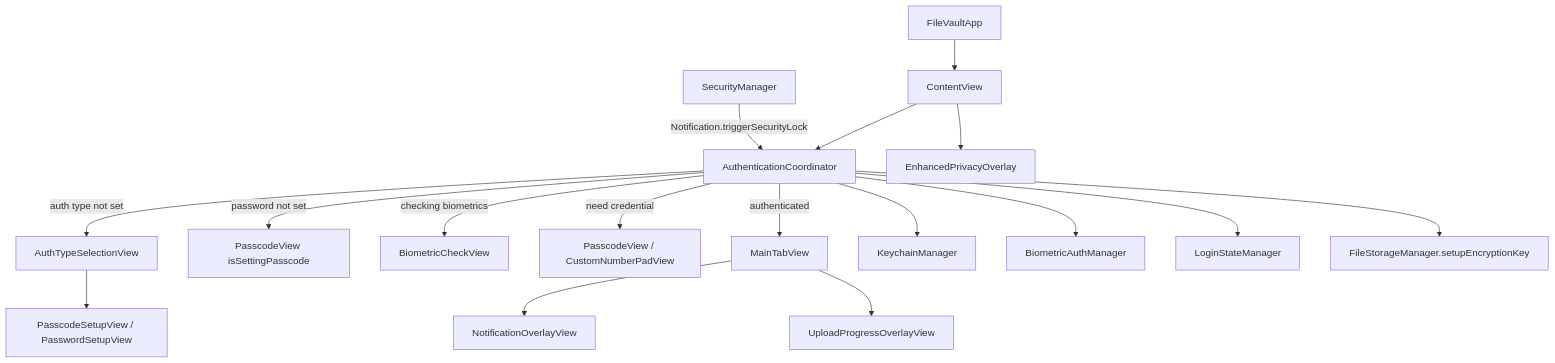
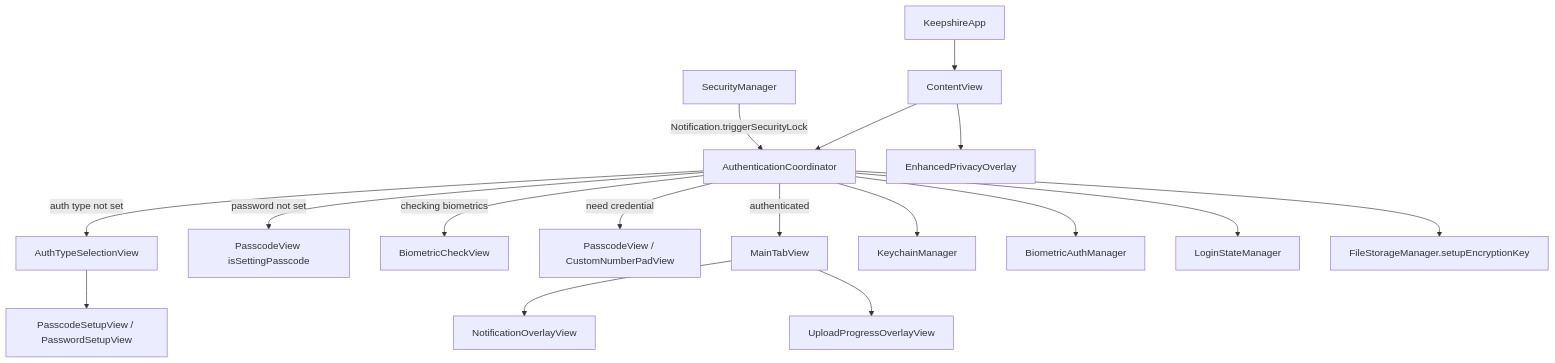
One commit to haresh14/file-vault changed the second of 10 diagrams in docs/COMPONENT_GRAPH.md. Above: the diagram before and after it, drawn with Mermaid. The commit also changed other lines of this file and 246 other files, not shown here.

````diff
--- a/docs/COMPONENT_GRAPH.md
+++ b/docs/COMPONENT_GRAPH.md
@@ -106,22 +106,22 @@
 ```mermaid
 flowchart TD
-    Launch["FileVaultApp"] --> CV["ContentView"]
+    Launch["KeepshireApp"] --> CV["ContentView"]
     CV --> AC["AuthenticationCoordinator"]
 
     AC -->|"auth type not set"| ATS["AuthTypeSelectionView"]
     ATS --> Setup["PasscodeSetupView / PasswordSetupView"]
     AC -->|"password not set"| PVSet["PasscodeView isSettingPasscode"]
     AC -->|"checking biometrics"| Bio["BiometricCheckView"]
     AC -->|"need credential"| PV["PasscodeView / CustomNumberPadView"]
     AC -->|"authenticated"| Tabs["MainTabView"]
 
     Tabs --> Overlay["NotificationOverlayView"]
     Tabs --> UploadOverlay["UploadProgressOverlayView"]
     CV --> Privacy["EnhancedPrivacyOverlay"]
 
     AC --> KM["KeychainManager"]
     AC --> BAM["BiometricAuthManager"]
     AC --> LSM["LoginStateManager"]
     AC --> FSM["FileStorageManager.setupEncryptionKey"]
     SM["SecurityManager"] -->|"Notification.triggerSecurityLock"| AC
 ```
````
